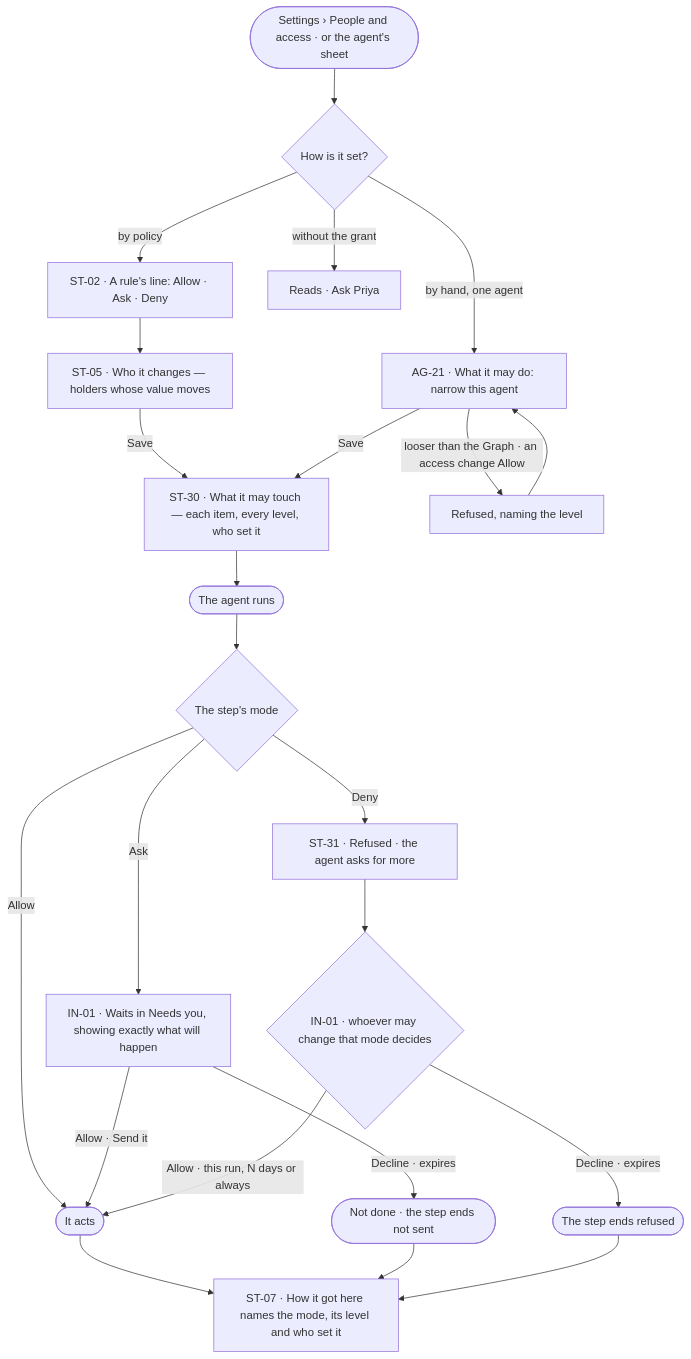
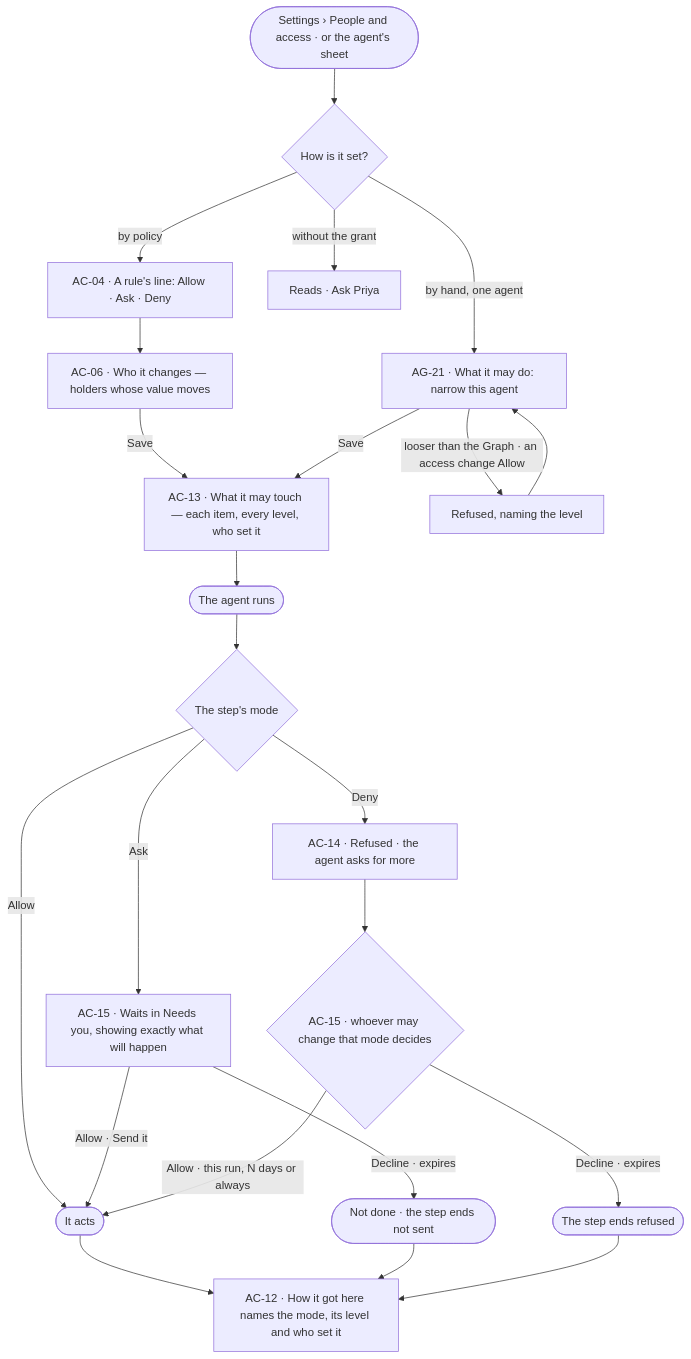
One commit to invana/invana changed the first of 2 diagrams in specs/journeys/J06-set-what-an-agent-may-touch.md. Above: the diagram before and after it, drawn with Mermaid. The commit also changed other lines of this file and 884 other files, not shown here.

````diff
--- a/specs/journeys/J06-set-what-an-agent-may-touch.md
+++ b/specs/journeys/J06-set-what-an-agent-may-touch.md
@@ -16,24 +16,24 @@
 ```mermaid
 flowchart TD
   A([Settings › People and access · or the agent's sheet]) --> B{"How is it set?"}
-  B -->|by policy| C["ST-02 · A rule's line: Allow · Ask · Deny"]
+  B -->|by policy| C["AC-04 · A rule's line: Allow · Ask · Deny"]
   B -->|by hand, one agent| D["AG-21 · What it may do: narrow this agent"]
-  C --> E["ST-05 · Who it changes — holders whose value moves"]
+  C --> E["AC-06 · Who it changes — holders whose value moves"]
   E -->|Save| F
   D -->|looser than the Graph · an access change Allow| DX["Refused, naming the level"] --> D
-  D -->|Save| F["ST-30 · What it may touch — each item, every level, who set it"]
+  D -->|Save| F["AC-13 · What it may touch — each item, every level, who set it"]
   B -->|without the grant| NA["Reads · Ask Priya"]
   F --> G([The agent runs])
   G --> H{"The step's mode"}
   H -->|Allow| I(["It acts"])
-  H -->|Ask| J["IN-01 · Waits in Needs you, showing exactly what will happen"]
+  H -->|Ask| J["AC-15 · Waits in Needs you, showing exactly what will happen"]
   J -->|Allow · Send it| I
   J -->|Decline · expires| K(["Not done · the step ends not sent"])
-  H -->|Deny| L["ST-31 · Refused · the agent asks for more"]
-  L --> M{"IN-01 · whoever may change that mode decides"}
+  H -->|Deny| L["AC-14 · Refused · the agent asks for more"]
+  L --> M{"AC-15 · whoever may change that mode decides"}
   M -->|Allow · this run, N days or always| I
   M -->|Decline · expires| N(["The step ends refused"])
-  I --> T["ST-07 · How it got here names the mode, its level and who set it"]
+  I --> T["AC-12 · How it got here names the mode, its level and who set it"]
   K --> T
   N --> T
 ```
````
